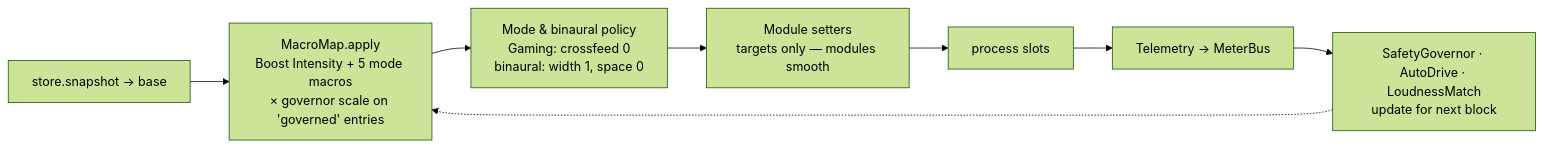
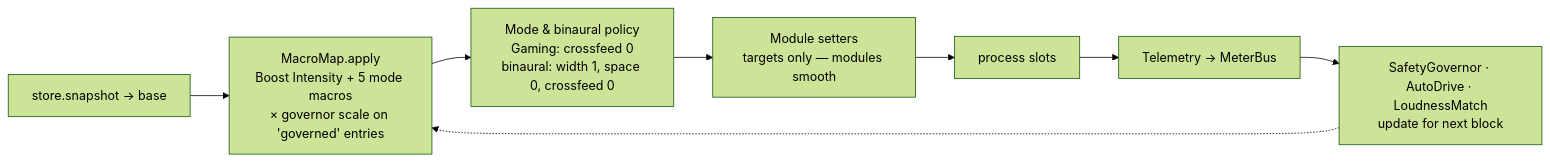
Before and after one commit to flubydooby-creator/Flubsound: the fourth of 4 diagrams in docs/01-architecture.md, drawn with Mermaid (forest theme). The commit also changed other lines of this file and 16 other files, not shown here.

````diff
--- a/docs/01-architecture.md
+++ b/docs/01-architecture.md
@@ -197,10 +197,10 @@
 ```mermaid
 flowchart LR
     A[store.snapshot → base] --> B[MacroMap.apply<br/>Boost Intensity + 5 mode macros<br/>× governor scale on 'governed' entries]
-    B --> C[Mode & binaural policy<br/>Gaming: crossfeed 0<br/>binaural: width 1, space 0]
+    B --> C[Mode & binaural policy<br/>Gaming: crossfeed 0<br/>binaural: width 1, space 0, crossfeed 0]
     C --> D[Module setters<br/>targets only — modules smooth]
     D --> E[process slots]
     E --> F[Telemetry → MeterBus]
     F --> G[SafetyGovernor · AutoDrive · LoudnessMatch<br/>update for next block]
     G -.-> B
 ```
````
